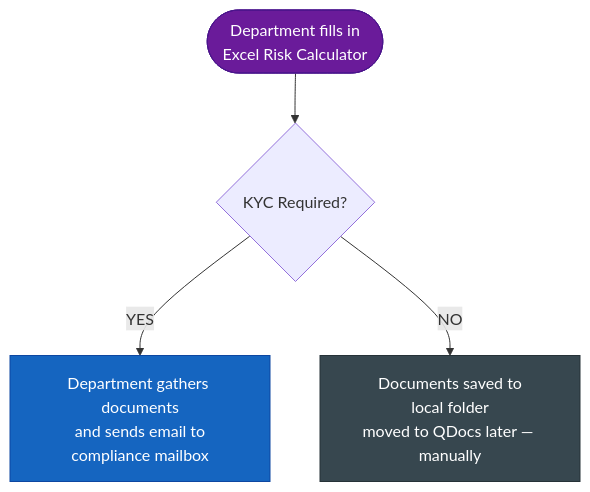
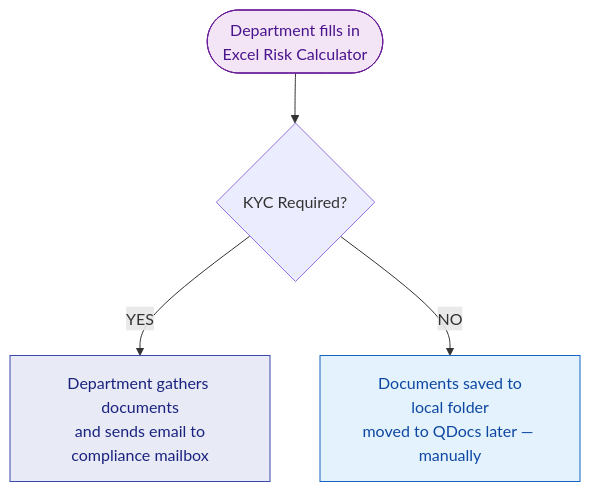
Before and after one commit to mazharr-hussain/KycReport: the first of 4 diagrams in docs/V2_BUS_AsIs_Process.md, drawn with Mermaid. The commit also changed other lines of this file and 7 other files, not shown here.

First line of the commit message:
Switch all diagrams to light pastel palette with dark text

````diff
--- a/docs/V2_BUS_AsIs_Process.md
+++ b/docs/V2_BUS_AsIs_Process.md
@@ -45,10 +45,10 @@
 ```mermaid
 flowchart TD
     EXCEL([Department fills in\nExcel Risk Calculator]) --> Q{KYC Required?}
     Q -->|YES| DOCS[Department gathers documents\nand sends email to\ncompliance mailbox]
     Q -->|NO| LOCAL[Documents saved to\nlocal folder\nmoved to QDocs later — manually]
 
-    style DOCS fill:#1565C0,color:#fff,stroke:#0D47A1
-    style LOCAL fill:#37474F,color:#fff,stroke:#263238
-    style EXCEL fill:#6A1B9A,color:#fff,stroke:#4A148C
+    style DOCS fill:#E8EAF6,color:#1A237E,stroke:#3949AB
+    style LOCAL fill:#E3F2FD,color:#0D47A1,stroke:#1565C0
+    style EXCEL fill:#F3E5F5,color:#4A148C,stroke:#6A1B9A
 ```
````
